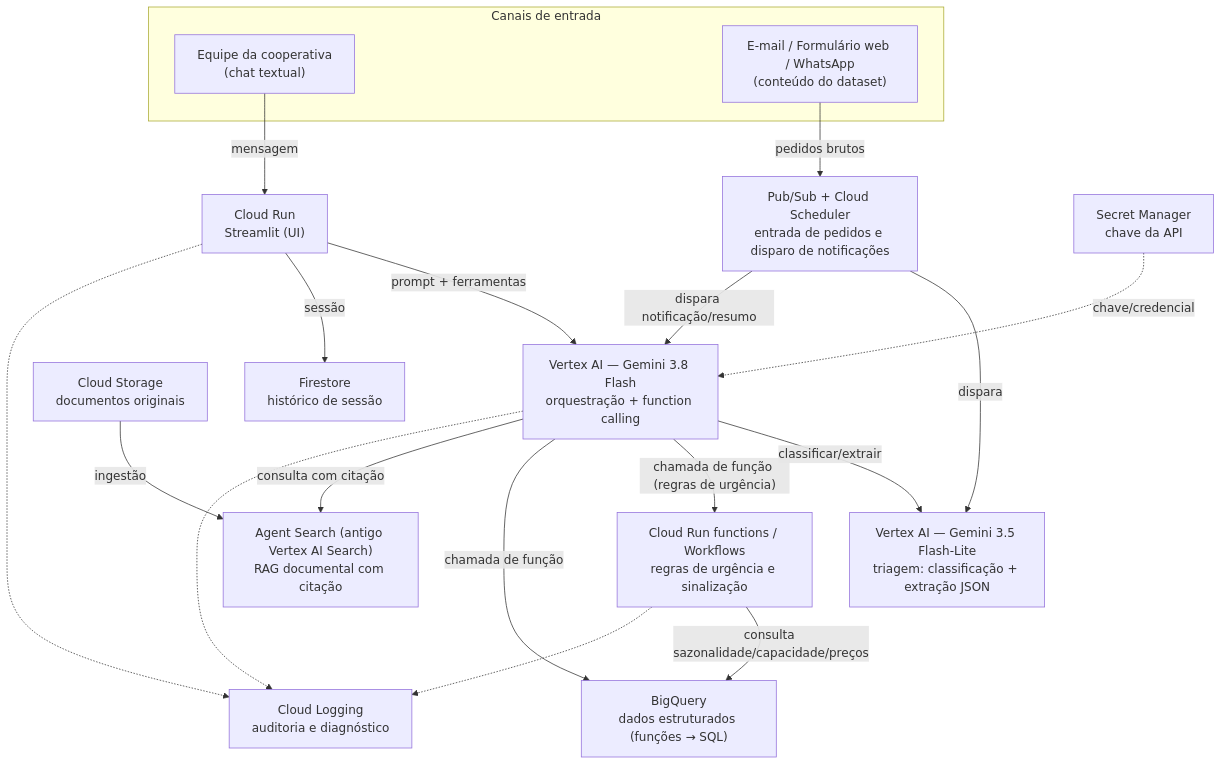
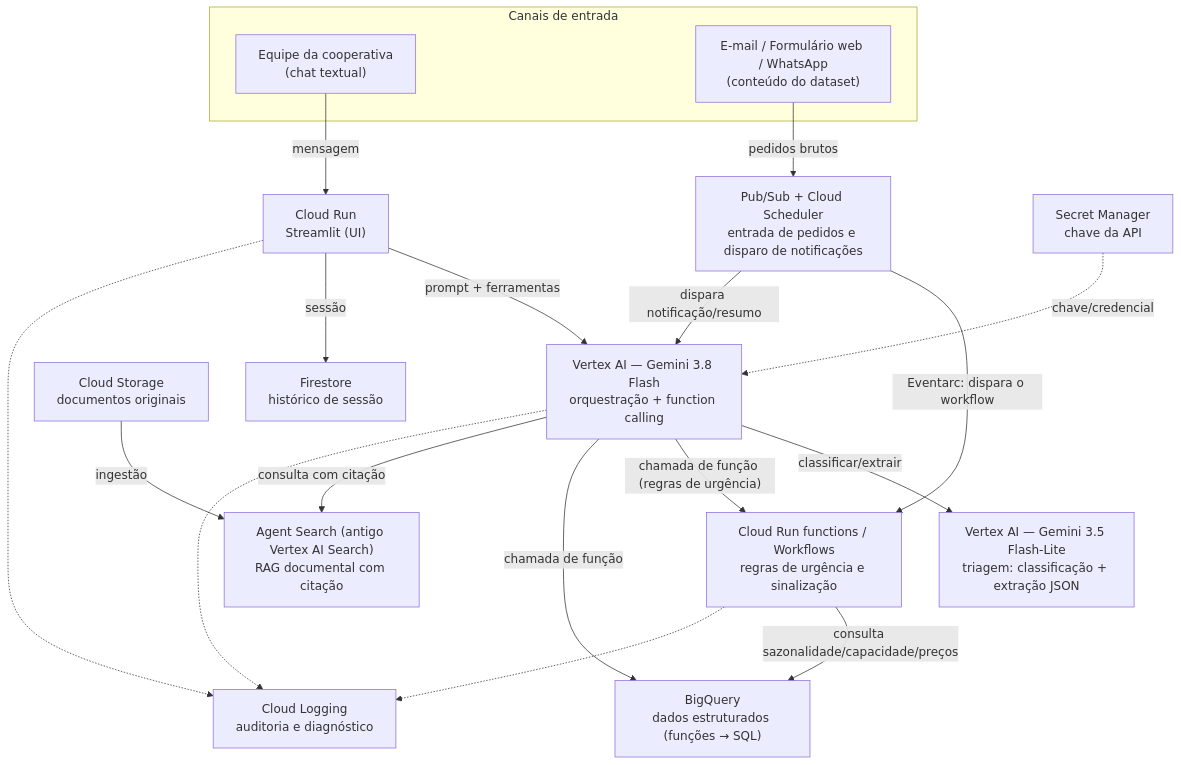
One commit to Mur1love/sabor-da-terra-assistente changed the first of 5 diagrams in docs/04-arquitetura.md. Above: the diagram before and after it, drawn with Mermaid. The commit also changed other lines of this file and 1 other file, not shown here.

First line of the commit message:
Documentação: docs/04 final (etapa 16) — visão geral, Well-Architected, custo, anti-alucinação e limitações

````diff
--- a/docs/04-arquitetura.md
+++ b/docs/04-arquitetura.md
@@ -152,36 +207,36 @@
 ```mermaid
 flowchart TB
     subgraph Entrada["Canais de entrada"]
         UI["Equipe da cooperativa<br/>(chat textual)"]
         Canais["E-mail / Formulário web / WhatsApp<br/>(conteúdo do dataset)"]
     end
 
     CR["Cloud Run<br/>Streamlit (UI)"]
     VAI["Vertex AI — Gemini 3.8 Flash<br/>orquestração + function calling"]
     FL["Vertex AI — Gemini 3.5 Flash-Lite<br/>triagem: classificação + extração JSON"]
     FUN["Cloud Run functions / Workflows<br/>regras de urgência e sinalização"]
     BQ["BigQuery<br/>dados estruturados (funções → SQL)"]
     AS["Agent Search (antigo Vertex AI Search)<br/>RAG documental com citação"]
     GCS["Cloud Storage<br/>documentos originais"]
     FST["Firestore<br/>histórico de sessão"]
     PS["Pub/Sub + Cloud Scheduler<br/>entrada de pedidos e disparo de notificações"]
     SM["Secret Manager<br/>chave da API"]
     LOG["Cloud Logging<br/>auditoria e diagnóstico"]
 
     UI -->|"mensagem"| CR
     CR -->|"prompt + ferramentas"| VAI
     CR -->|"sessão"| FST
     VAI -->|"classificar/extrair"| FL
     VAI -->|"chamada de função (regras de urgência)"| FUN
     VAI -->|"chamada de função"| BQ
     VAI -->|"consulta com citação"| AS
     Canais -->|"pedidos brutos"| PS
-    PS -->|"dispara"| FL
+    PS -->|"Eventarc: dispara o workflow"| FUN
     PS -->|"dispara notificação/resumo"| VAI
     GCS -->|"ingestão"| AS
     FUN -->|"consulta sazonalidade/capacidade/preços"| BQ
     SM -.->|"chave/credencial"| VAI
     CR -.-> LOG
     VAI -.-> LOG
     FUN -.-> LOG
 ```
````
